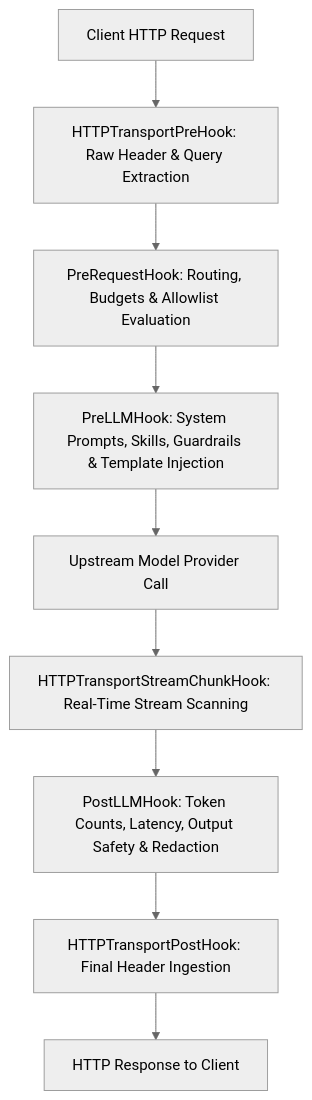
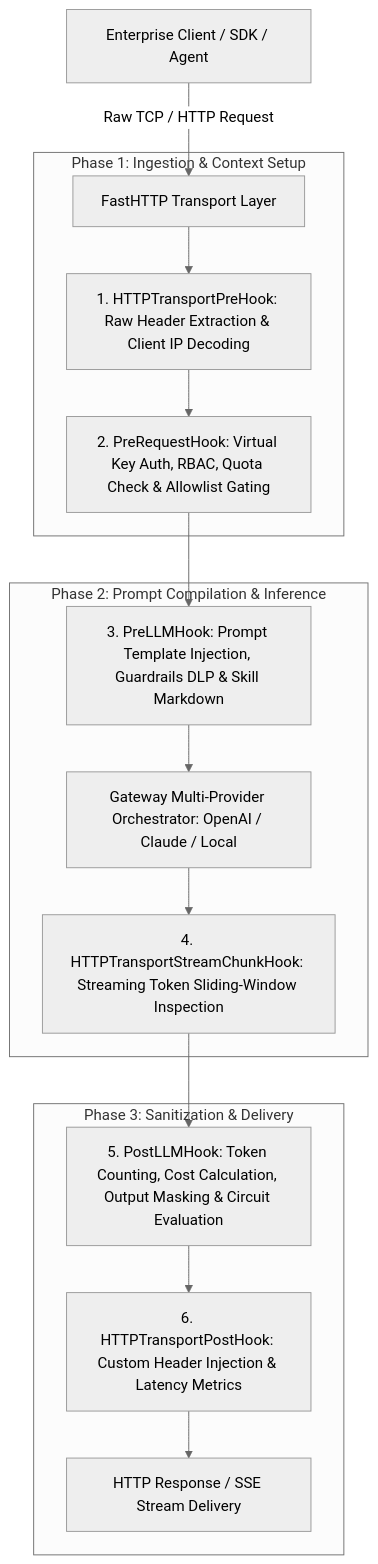
The first of 2 diagrams in md/Plugins.md (THIRUPUGAL-2003/unifai_product), drawn with Mermaid (neutral theme) before and after one commit. The commit also changed other lines of this file and 253 other files, not shown here.

````diff
--- a/md/Plugins.md
+++ b/md/Plugins.md
@@ -11,11 +11,21 @@
 ```mermaid
 flowchart TD
-    Client[Client HTTP Request] --> HTTPPre[HTTPTransportPreHook: Raw Header & Query Extraction]
-    HTTPPre --> PreReq[PreRequestHook: Routing, Budgets & Allowlist Evaluation]
-    PreReq --> PreLLM[PreLLMHook: System Prompts, Skills, Guardrails & Template Injection]
-    PreLLM --> ProviderCall[Upstream Model Provider Call]
-    ProviderCall --> StreamChunk[HTTPTransportStreamChunkHook: Real-Time Stream Scanning]
-    StreamChunk --> PostLLM[PostLLMHook: Token Counts, Latency, Output Safety & Redaction]
-    PostLLM --> HTTPPost[HTTPTransportPostHook: Final Header Ingestion]
-    HTTPPost --> Resp[HTTP Response to Client]
+    Client[Enterprise Client / SDK / Agent] -->|Raw TCP / HTTP Request| Transport[FastHTTP Transport Layer]
+    
+    subgraph PreExecution["Phase 1: Ingestion & Context Setup"]
+        Transport --> Hook1["1. HTTPTransportPreHook: Raw Header Extraction & Client IP Decoding"]
+        Hook1 --> Hook2["2. PreRequestHook: Virtual Key Auth, RBAC, Quota Check & Allowlist Gating"]
+    end
+
+    subgraph LLMExecution["Phase 2: Prompt Compilation & Inference"]
+        Hook2 --> Hook3["3. PreLLMHook: Prompt Template Injection, Guardrails DLP & Skill Markdown"]
+        Hook3 --> Dispatch[Gateway Multi-Provider Orchestrator: OpenAI / Claude / Local]
+        Dispatch --> Hook4["4. HTTPTransportStreamChunkHook: Streaming Token Sliding-Window Inspection"]
+    end
+
+    subgraph PostExecution["Phase 3: Sanitization & Delivery"]
+        Hook4 --> Hook5["5. PostLLMHook: Token Counting, Cost Calculation, Output Masking & Circuit Evaluation"]
+        Hook5 --> Hook6["6. HTTPTransportPostHook: Custom Header Injection & Latency Metrics"]
+        Hook6 --> ClientResp[HTTP Response / SSE Stream Delivery]
+    end
 ```
````
